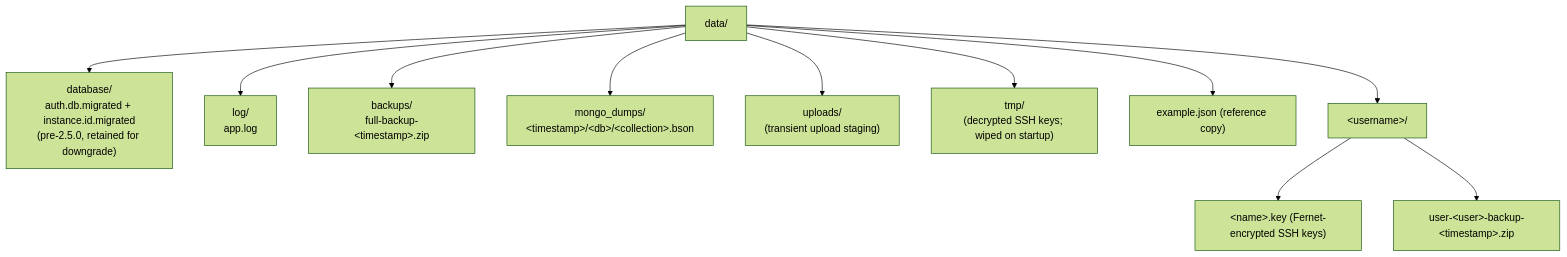
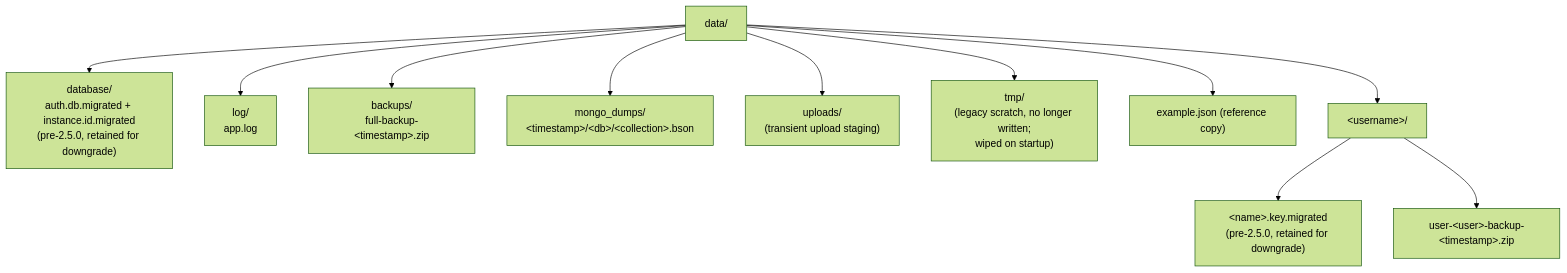
Before and after one commit to ibehren1/fw-gui: the seventh of 9 diagrams in docs/data-architecture.md, drawn with Mermaid (forest theme). The commit also changed other lines of this file and 5 other files, not shown here.

First line of the commit message:
docs: describe MongoDB-backed SSH key storage

````diff
--- a/docs/data-architecture.md
+++ b/docs/data-architecture.md
@@ -508,14 +518,14 @@
 ```mermaid
 flowchart TD
     data["data/"]
     data --> db["database/<br/>auth.db.migrated + instance.id.migrated<br/>(pre-2.5.0, retained for downgrade)"]
     data --> log["log/<br/>app.log"]
     data --> backups["backups/<br/>full-backup-&lt;timestamp&gt;.zip"]
     data --> dumps["mongo_dumps/<br/>&lt;timestamp&gt;/&lt;db&gt;/&lt;collection&gt;.bson"]
     data --> uploads["uploads/<br/>(transient upload staging)"]
-    data --> tmp["tmp/<br/>(decrypted SSH keys; wiped on startup)"]
+    data --> tmp["tmp/<br/>(legacy scratch, no longer written;<br/>wiped on startup)"]
     data --> ex["example.json (reference copy)"]
     data --> userdir["&lt;username&gt;/"]
-    userdir --> keys["&lt;name&gt;.key (Fernet-encrypted SSH keys)"]
+    userdir --> keys["&lt;name&gt;.key.migrated<br/>(pre-2.5.0, retained for downgrade)"]
     userdir --> ubk["user-&lt;user&gt;-backup-&lt;timestamp&gt;.zip"]
 ```
````
